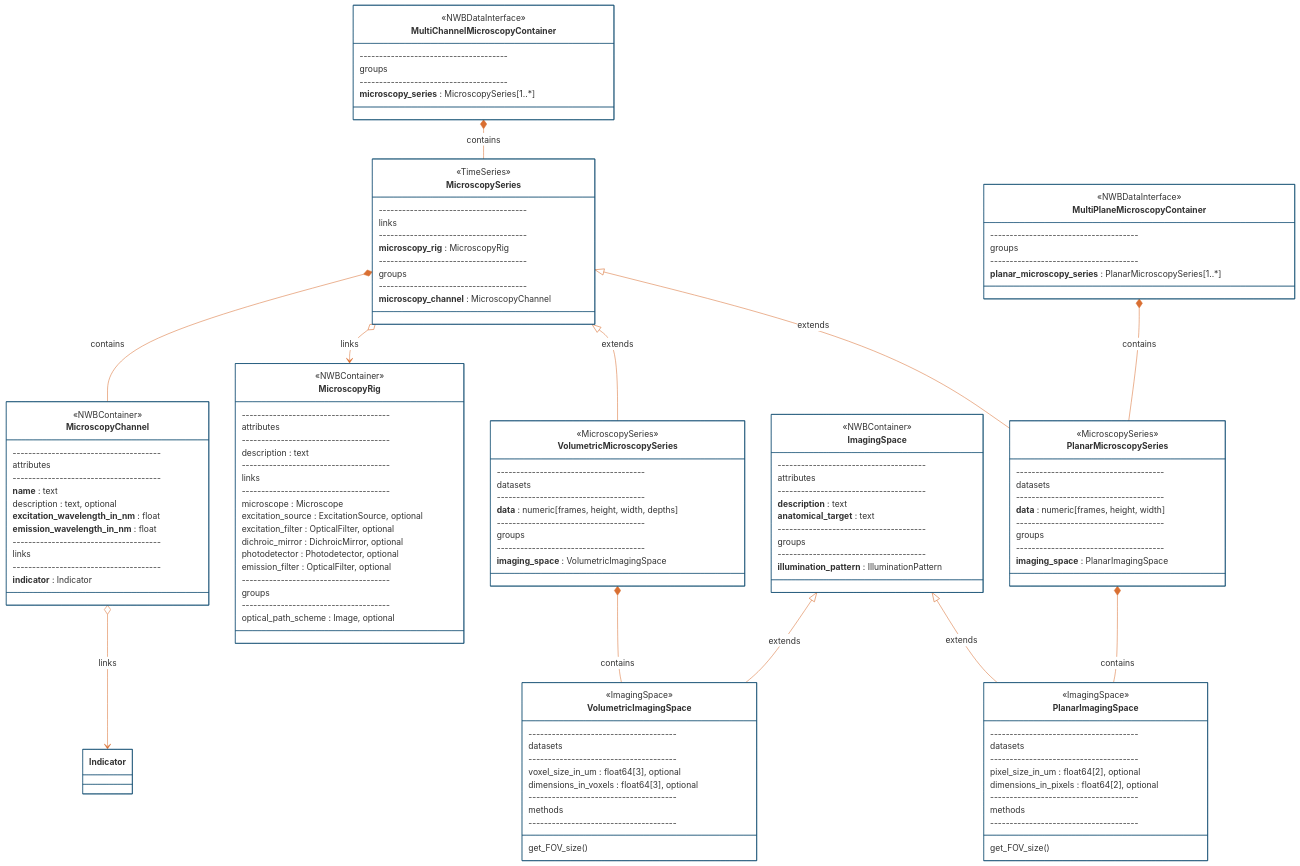
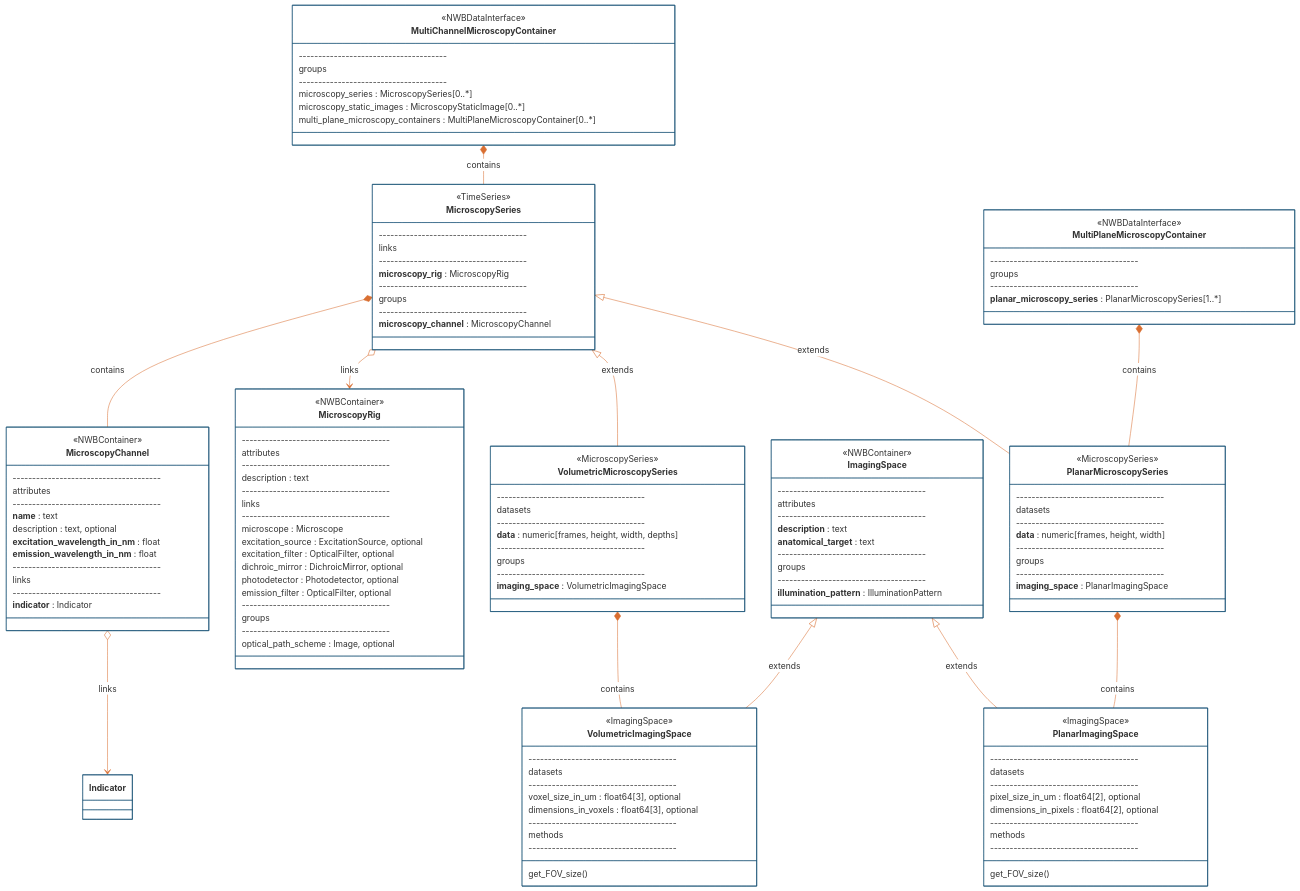
The fourth of 5 diagrams in README.md (catalystneuro/ndx-microscopy), drawn with Mermaid before and after one commit. The commit also changed 6 other files, not shown here.

Commit message:
Extend `MultiChannelMicroscopyContainer` to support nesting `MultiPlaneMicroscopyContainer`

```diff
--- a/README.md
+++ b/README.md
@@ -429,7 +429,9 @@
         --------------------------------------
         groups
         --------------------------------------
-        **microscopy_series** : MicroscopySeries[1..*]
+        microscopy_series : MicroscopySeries[0..*]
+        microscopy_static_images : MicroscopyStaticImage[0..*]
+        multi_plane_microscopy_containers : MultiPlaneMicroscopyContainer[0..*]
     }
 
     class ImagingSpace {
```
